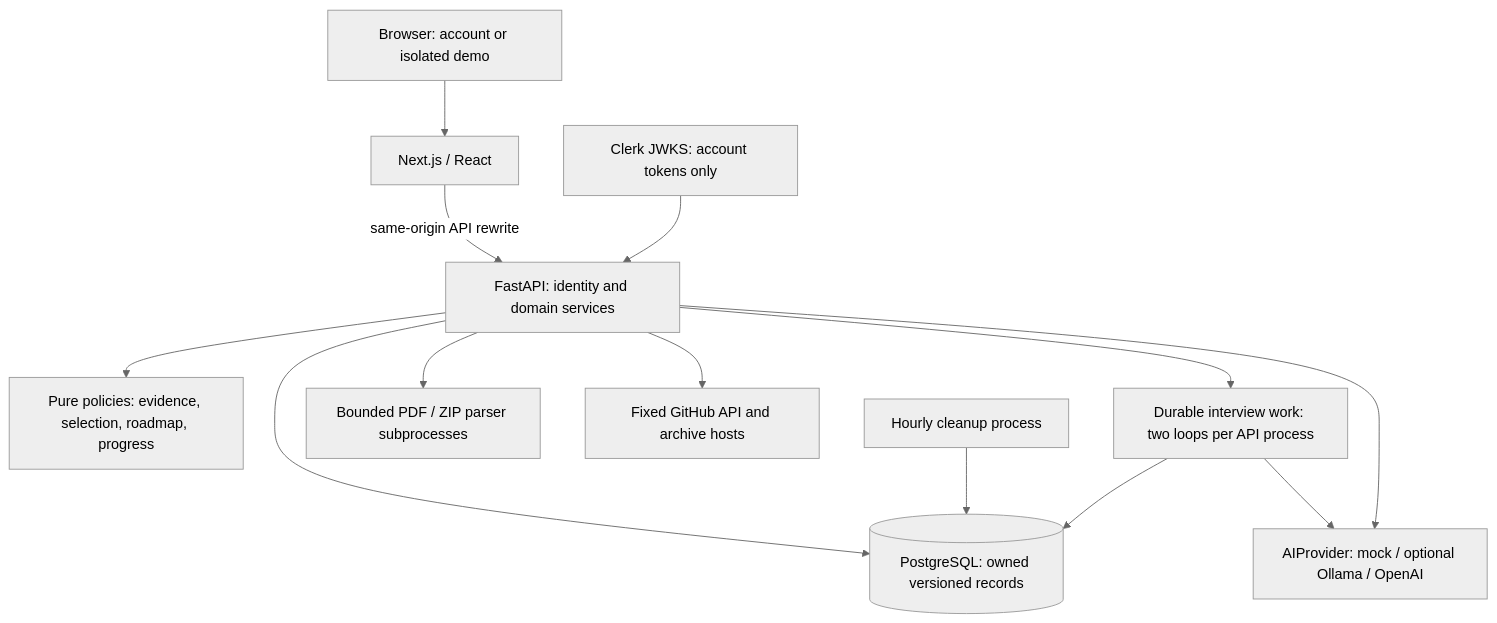
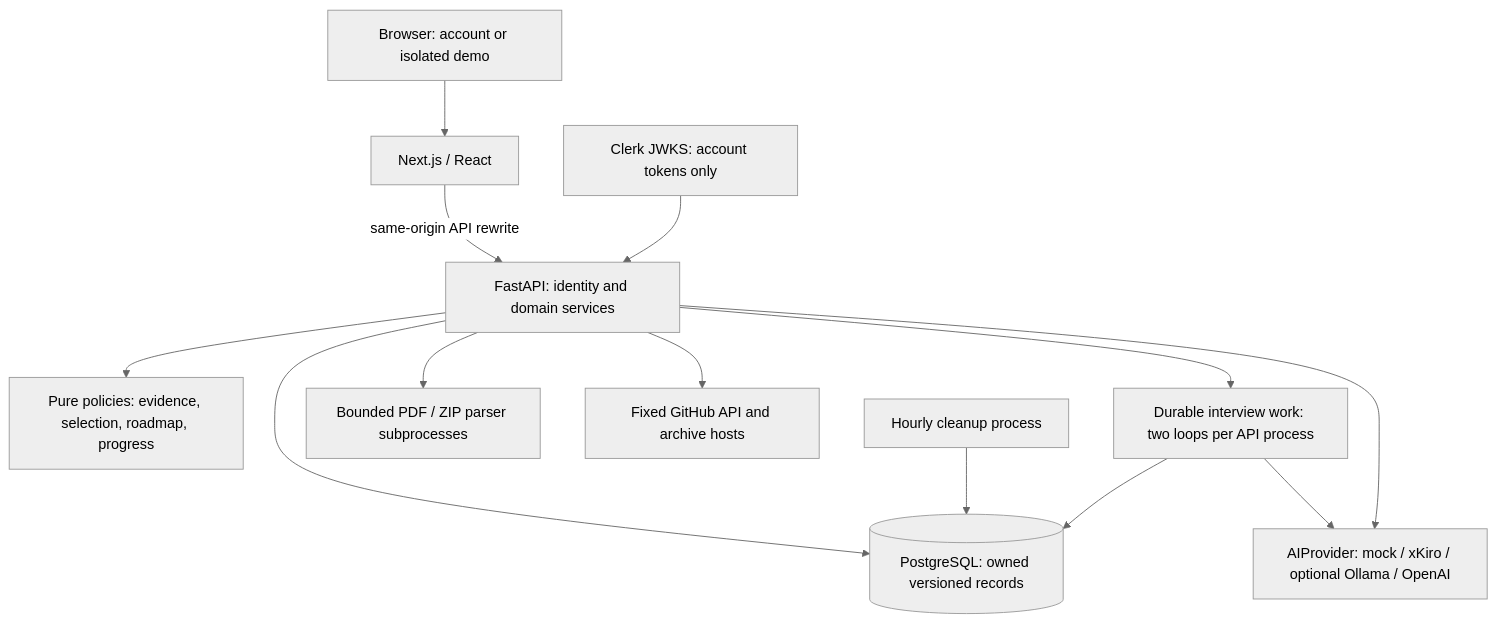
Before and after one commit to icyshimakaze/interview_prep_AI: the diagram in README.md, drawn with Mermaid (neutral theme). The commit also changed other lines of this file and 139 other files, not shown here.

````diff
--- a/README.md
+++ b/README.md
@@ -123,15 +124,15 @@
 ```mermaid
 flowchart TD
     Browser[Browser: account or isolated demo] --> Web[Next.js / React]
     Web -->|same-origin API rewrite| API[FastAPI: identity and domain services]
     Clerk[Clerk JWKS: account tokens only] --> API
     API --> Policy[Pure policies: evidence, selection, roadmap, progress]
     API --> DB[(PostgreSQL: owned versioned records)]
     API --> Parser[Bounded PDF / ZIP parser subprocesses]
     API --> GitHub[Fixed GitHub API and archive hosts]
     API --> Work[Durable interview work: two loops per API process]
     Work --> DB
-    API --> Providers[AIProvider: mock / optional Ollama / OpenAI]
+    API --> Providers[AIProvider: mock / xKiro / optional Ollama / OpenAI]
     Work --> Providers
     Cleanup[Hourly cleanup process] --> DB
 ```
````
